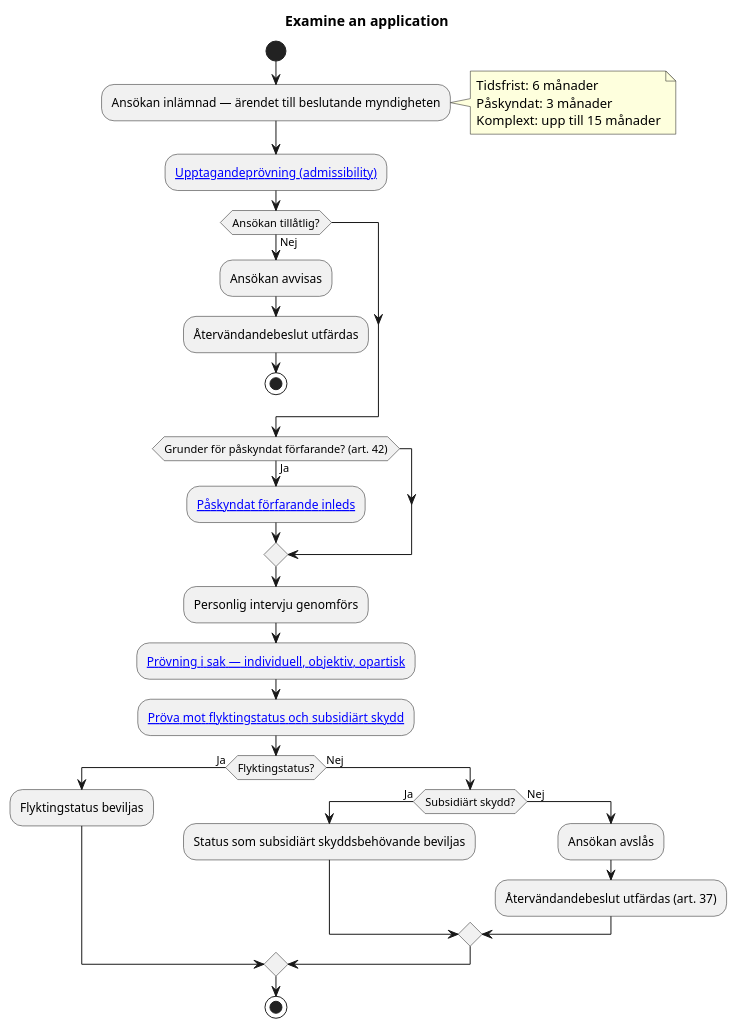
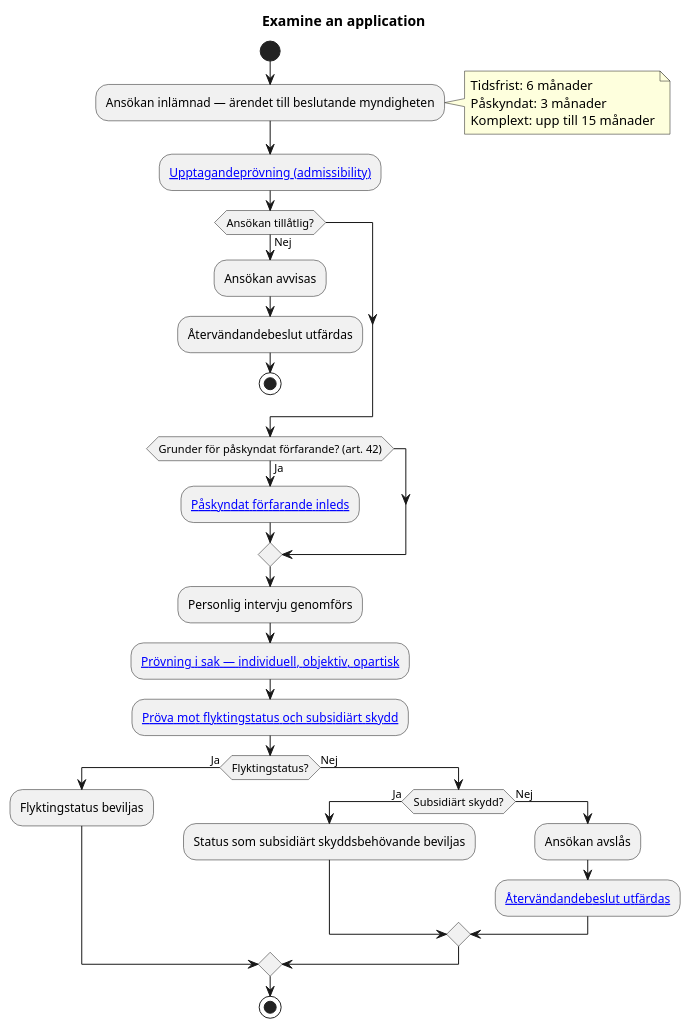
One commit to chrhe894/migration_pact changed the diagram in domains/asylum-procedure/diagrams/examine-an-application.pu. Above: the diagram before and after it, drawn with PlantUML. The commit also changed 18 other files, not shown here.

Commit message:
Better links in diagrams

```diff
--- a/domains/asylum-procedure/diagrams/examine-an-application.pu
+++ b/domains/asylum-procedure/diagrams/examine-an-application.pu
@@ -15,61 +15,61 @@
 @startuml examine-an-application
 
 title Examine an application
 
 start
 
 :Ansökan inlämnad — ärendet till beslutande myndigheten;
 
 note right
   Tidsfrist: 6 månader
   Påskyndat: 3 månader
   Komplext: upp till 15 månader
 end note
 
 :[[../rules/rule-apr-038-001.md Upptagandeprövning (admissibility)]];
 
 if (Ansökan tillåtlig?) then (Nej)
 
     :Ansökan avvisas;
 
     :Återvändandebeslut utfärdas;
 
     stop
 
 endif
 
 if (Grunder för påskyndat förfarande? (art. 42)) then (Ja)
 
     :[[../rules/rule-apr-042-001.md Påskyndat förfarande inleds]];
 
 endif
 
 :Personlig intervju genomförs;
 
 :[[../rules/rule-apr-034-001.md Prövning i sak — individuell, objektiv, opartisk]];
 
 :[[../rules/rule-apr-034-002.md Pröva mot flyktingstatus och subsidiärt skydd]];
 
 if (Flyktingstatus?) then (Ja)
 
     :Flyktingstatus beviljas;
 
 else (Nej)
 
     if (Subsidiärt skydd?) then (Ja)
 
         :Status som subsidiärt skyddsbehövande beviljas;
 
     else (Nej)
 
         :Ansökan avslås;
 
-        :Återvändandebeslut utfärdas (art. 37);
+        :[[../articles/apr-037.md Återvändandebeslut utfärdas]];
 
     endif
 
 endif
 
 stop
 
 @enduml
```
